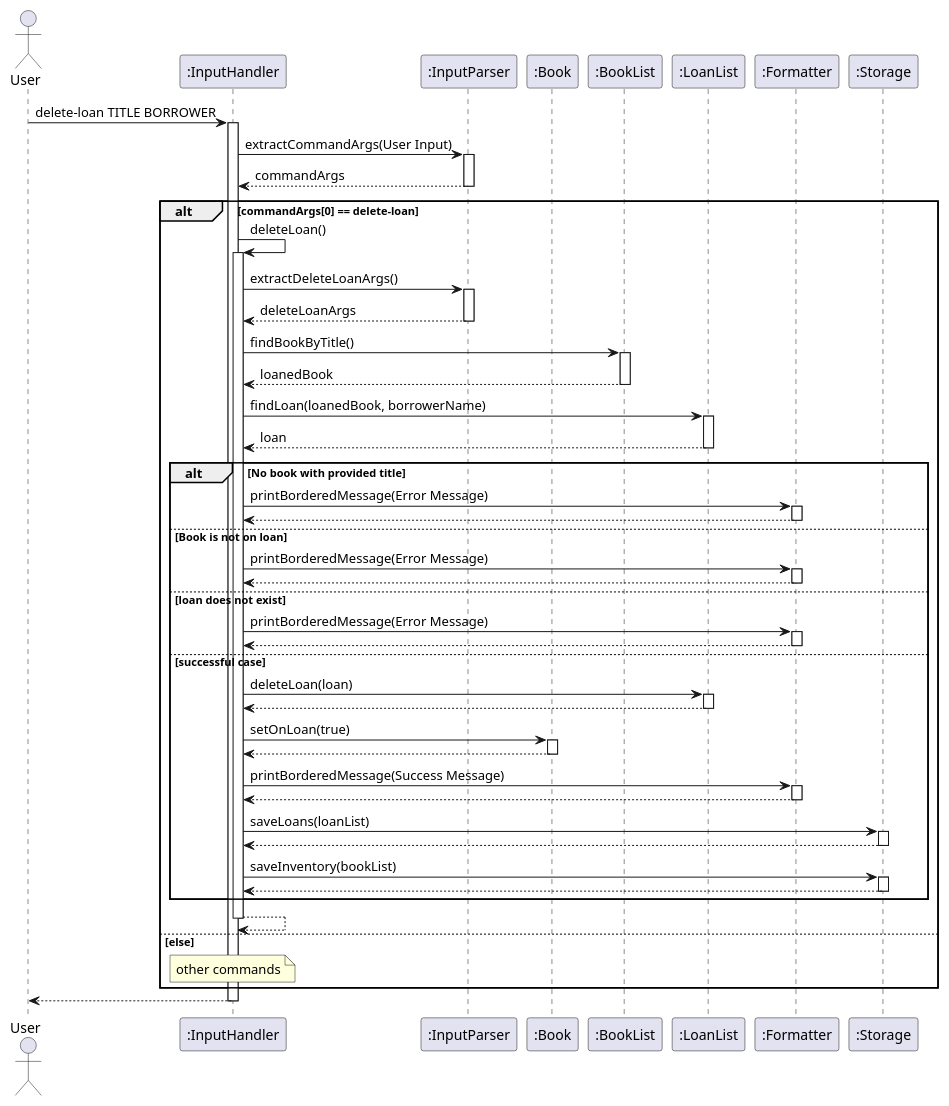
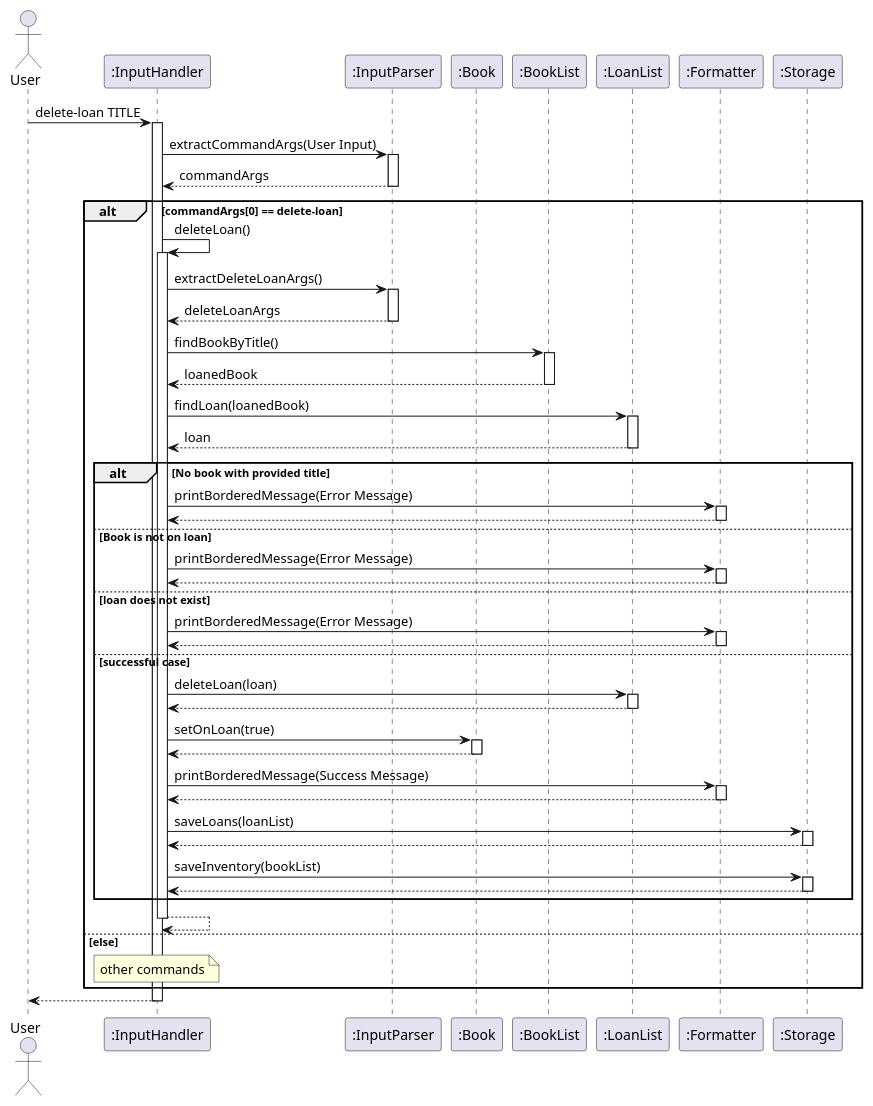
The diagram in docs/diagrams/deleteLoan.puml (AY2425S2-CS2113-T12-2/tp), drawn with PlantUML before and after one commit. The commit also changed 7 other files, not shown here.

```diff
--- a/docs/diagrams/deleteLoan.puml
+++ b/docs/diagrams/deleteLoan.puml
@@ -1,50 +1,50 @@
 @startuml 
 autoactivate on
 actor User
 participant InputHandler as ":InputHandler"
 participant InputParser as ":InputParser"
 participant Book as ":Book"
 participant BookList as ":BookList"
 participant LoanList as ":LoanList"
 participant Formatter as ":Formatter"
 participant Storage as ":Storage"
-User -> InputHandler : delete-loan TITLE BORROWER
+User -> InputHandler : delete-loan TITLE
     InputHandler -> InputParser : extractCommandArgs(User Input)
     return commandArgs
 alt commandArgs[0] == delete-loan
     InputHandler -> InputHandler : deleteLoan()
     InputHandler -> InputParser : extractDeleteLoanArgs()
     return deleteLoanArgs 
     InputHandler -> BookList : findBookByTitle()
     return loanedBook 
-    InputHandler -> LoanList : findLoan(loanedBook, borrowerName)
+    InputHandler -> LoanList : findLoan(loanedBook)
     return loan
 
     alt No book with provided title
         InputHandler -> Formatter : printBorderedMessage(Error Message)
         return
     else Book is not on loan
         InputHandler -> Formatter : printBorderedMessage(Error Message)
         return
     else loan does not exist 
         InputHandler -> Formatter : printBorderedMessage(Error Message)
         return
     else successful case
         InputHandler -> LoanList : deleteLoan(loan)
         return 
         InputHandler -> Book : setOnLoan(true)
         return 
         InputHandler -> Formatter : printBorderedMessage(Success Message)
         return
         InputHandler -> Storage : saveLoans(loanList)
         return
         InputHandler -> Storage : saveInventory(bookList)
         return
     end
     return
 
 else else
     note over InputHandler : other commands
 end
 return
 @enduml
```
